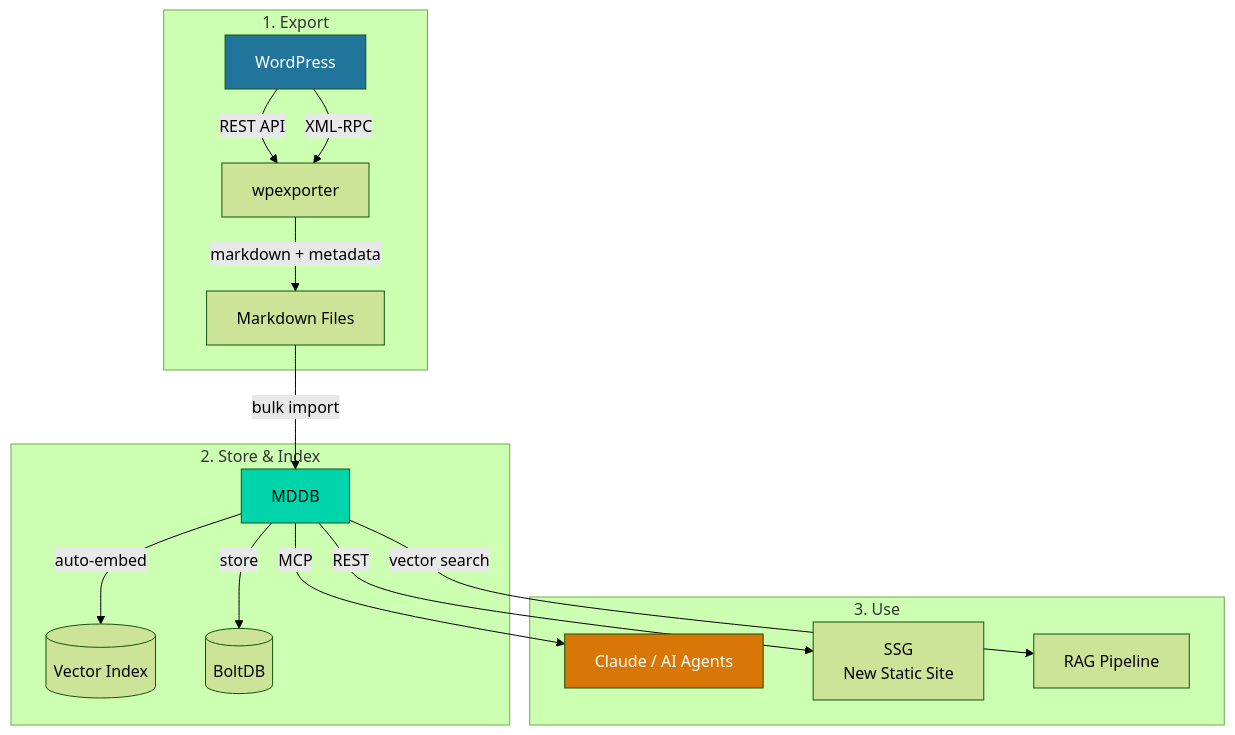
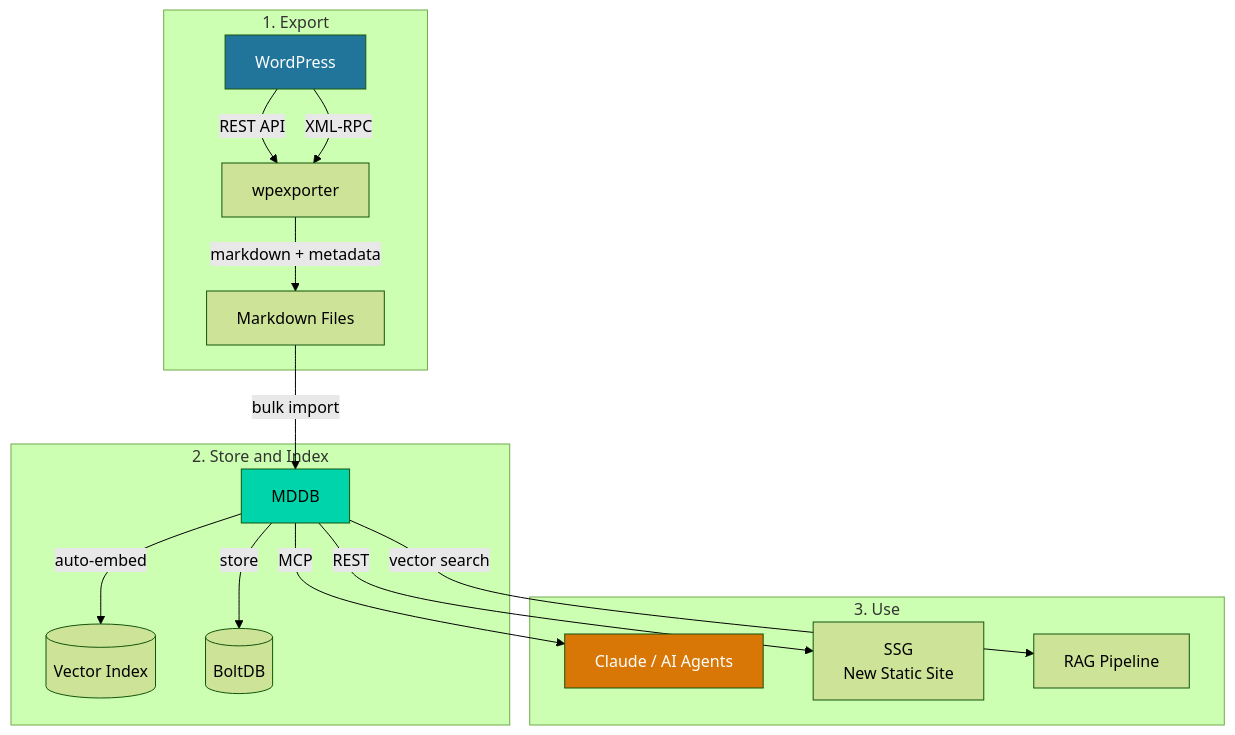
The seventh of 8 diagrams in docs/INTEGRATIONS.md (Rajendertyagi/Mddb), drawn with Mermaid (forest theme) before and after one commit. The commit also changed other lines of this file and 1 other file, not shown here.

First line of the commit message:
fix(docs): mermaid v11 syntax — quote subgraph ids explicitly

````diff
--- a/docs/INTEGRATIONS.md
+++ b/docs/INTEGRATIONS.md
@@ -1056,24 +1058,24 @@
 ```mermaid
 graph TB
-    subgraph "1. Export"
+    subgraph s1["1. Export"]
         WP[WordPress] -->|REST API| WPEXP[wpexporter]
         WP -->|XML-RPC| WPEXP
         WPEXP -->|markdown + metadata| MD_FILES[Markdown Files]
     end
 
-    subgraph "2. Store & Index"
+    subgraph s2["2. Store and Index"]
         MD_FILES -->|bulk import| MDDB[MDDB]
         MDDB -->|auto-embed| VEC[(Vector Index)]
         MDDB -->|store| BOLT[(BoltDB)]
     end
 
-    subgraph "3. Use"
+    subgraph s3["3. Use"]
         MDDB -->|MCP| CLAUDE[Claude / AI Agents]
         MDDB -->|REST| SSG_N[SSG<br>New Static Site]
         MDDB -->|vector search| RAG[RAG Pipeline]
     end
 
     style WP fill:#21759b,color:#fff
     style MDDB fill:#00d4aa,color:#000
     style CLAUDE fill:#d97706,color:#fff
 ```
````
